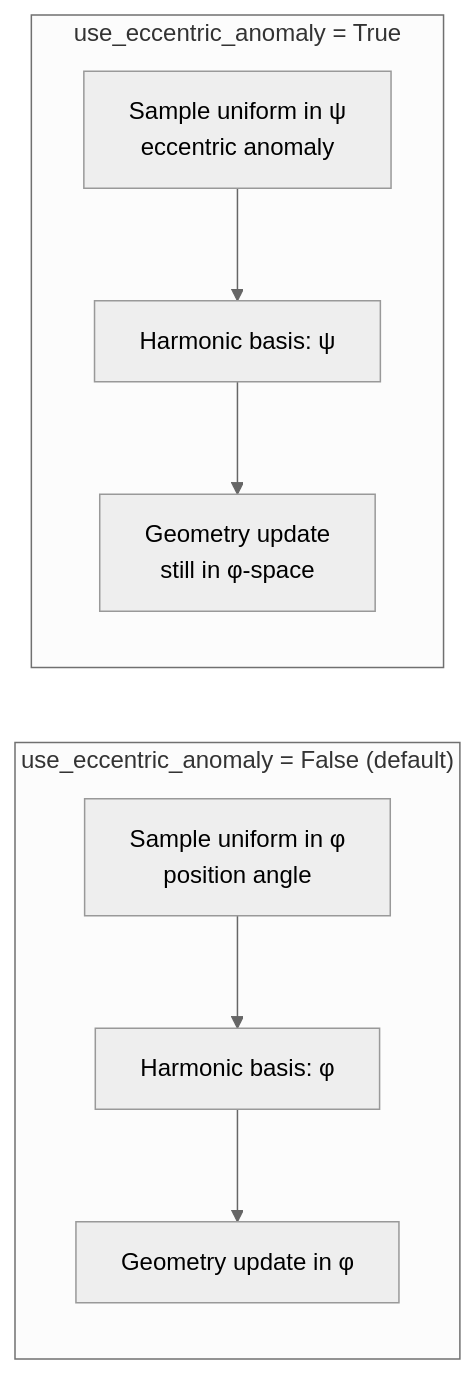
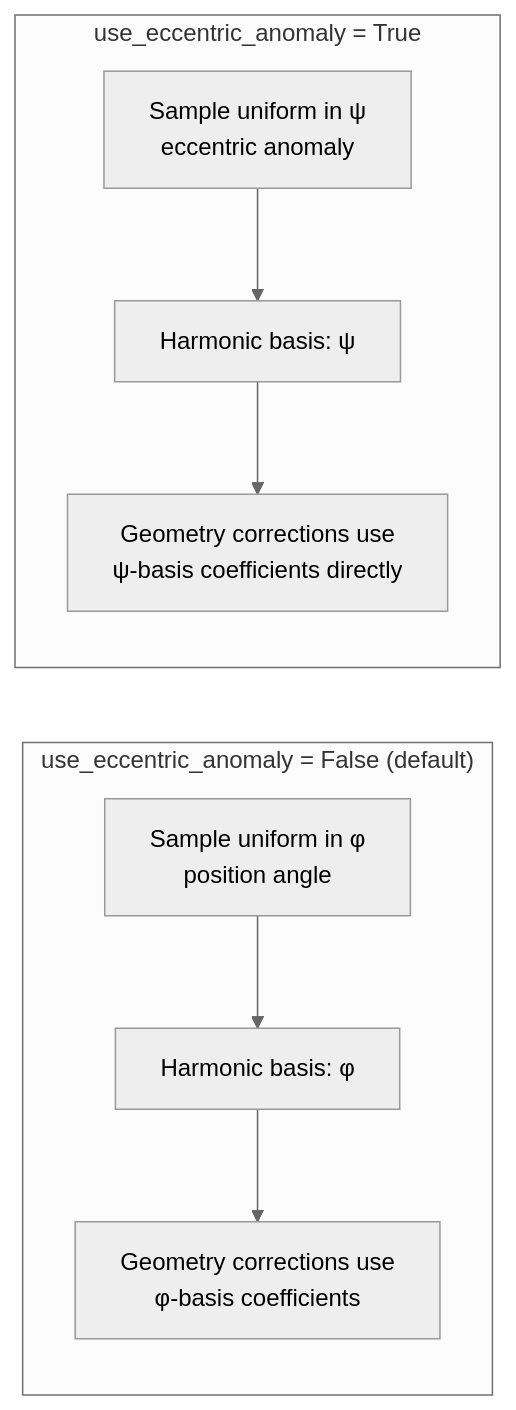
The third of 6 diagrams in docs/reference/algorithm-walkthrough.md (MassiveSeaOtters/isoster), drawn with Mermaid (neutral theme) before and after one commit. The commit also changed other lines of this file and 5 other files, not shown here.

````diff
--- a/docs/reference/algorithm-walkthrough.md
+++ b/docs/reference/algorithm-walkthrough.md
@@ -164,11 +164,11 @@
 ```mermaid
 flowchart LR
     subgraph phi["use_eccentric_anomaly = False  (default)"]
       P1[Sample uniform in φ<br/>position angle] --> P2[Harmonic basis: φ]
-      P2 --> P3[Geometry update in φ]
+      P2 --> P3[Geometry corrections use<br/>φ-basis coefficients]
     end
     subgraph ea["use_eccentric_anomaly = True"]
       E1[Sample uniform in ψ<br/>eccentric anomaly] --> E2[Harmonic basis: ψ]
-      E2 --> E3[Geometry update<br/>still in φ-space]
+      E2 --> E3[Geometry corrections use<br/>ψ-basis coefficients directly]
     end
 ```
````
